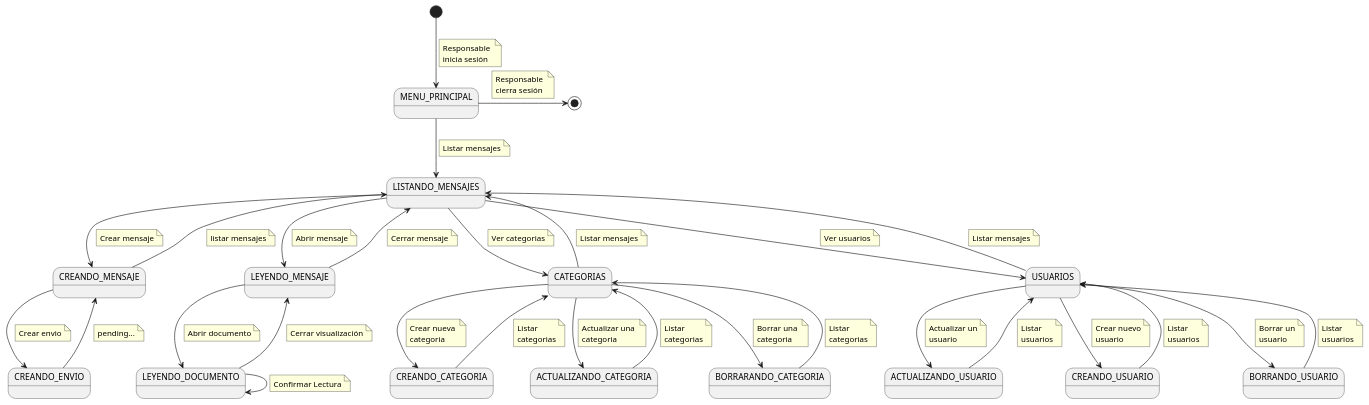
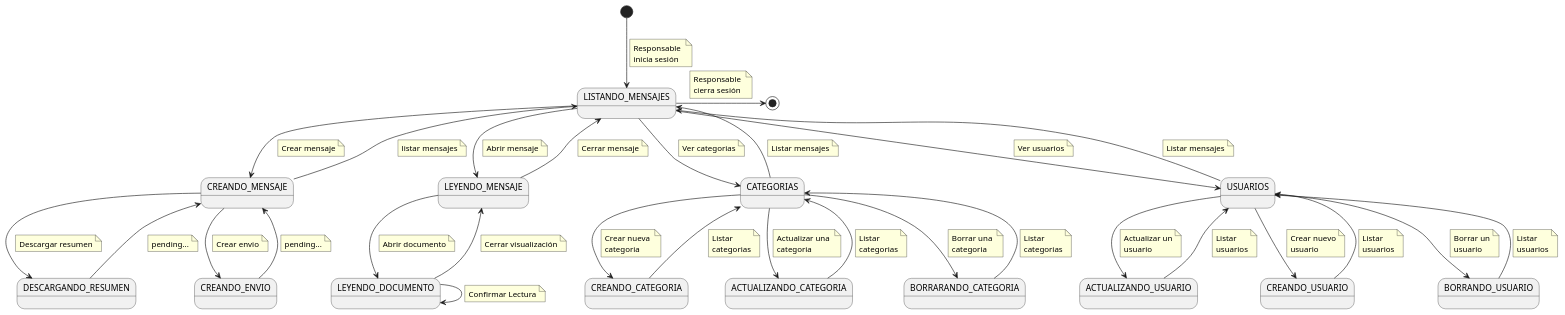
The diagram in docs/casosDeUso/diagramaDeContexto/DiagramaDeContextoResponsable/diagramaContextoResponable.puml (mmasias/24-25-IdSw1-SDR), drawn with PlantUML before and after one commit.

Commit message:
FIX/correcciones

```diff
--- a/docs/casosDeUso/diagramaDeContexto/DiagramaDeContextoResponsable/diagramaContextoResponable.puml
+++ b/docs/casosDeUso/diagramaDeContexto/DiagramaDeContextoResponsable/diagramaContextoResponable.puml
@@ -1,172 +1,178 @@
 @startuml
 
-state "MENU_PRINCIPAL" as Menu
 state "LISTANDO_MENSAJES" as ListandoMensajes
 state "CREANDO_MENSAJE" as CreandoMensaje
+state "DESCARGANDO_RESUMEN" as DescargandoResumen
 state "LEYENDO_MENSAJE" as LeyendoMensaje
 state "LEYENDO_DOCUMENTO" as LeyendoDocumento
 state "CREANDO_ENVIO" as CreandoEnvio
 state "CATEGORIAS" as Categorias
 state "CREANDO_CATEGORIA" as CreandoCategoria
 state "ACTUALIZANDO_CATEGORIA" as ActualizandoCategoria
 state "BORRARANDO_CATEGORIA" as BorrandoCategoria
 state "USUARIOS" as Usuarios
 state "ACTUALIZANDO_USUARIO" as ActualizandoUsuario
 state "CREANDO_USUARIO" as CreandoUsuario
 state "BORRANDO_USUARIO" as BorrandoUsuario
 
-[*] --> Menu
+[*] --> ListandoMensajes
     note on link
         Responsable 
         inicia sesión
     end note
 
-Menu -> [*]
+ListandoMensajes -> [*]
     note on link
         Responsable 
         cierra sesión
     end note
 
-Menu --> ListandoMensajes
-    note on link
-        Listar mensajes
-    end note
 
 ListandoMensajes --> LeyendoMensaje
     note on link
         Abrir mensaje
     end note
 
 LeyendoMensaje --> LeyendoDocumento
     note on link
         Abrir documento
     end note
 
 LeyendoDocumento --> LeyendoDocumento
     note on link
         Confirmar Lectura
     end note
 
 LeyendoDocumento --> LeyendoMensaje
     note on link
         Cerrar visualización
     end note
 
 LeyendoMensaje --> ListandoMensajes
     note on link
         Cerrar mensaje
     end note
 
 ListandoMensajes --> CreandoMensaje
     note on link
         Crear mensaje
     end note
 
 CreandoMensaje --> CreandoEnvio
     note on link
         Crear envio
     end note
 
 CreandoEnvio --> CreandoMensaje
+    note on link
+        pending...
+    end note
+
+CreandoMensaje --> DescargandoResumen
+    note on link
+        Descargar resumen
+    end note
+
+DescargandoResumen --> CreandoMensaje
     note on link
         pending...
     end note
 
 CreandoMensaje --> ListandoMensajes
     note on link
         listar mensajes
     end note
 
 ListandoMensajes --> Categorias
     note on link
         Ver categorias
     end note
 
 Categorias --> CreandoCategoria
     note on link
         Crear nueva 
         categoria
     end note
 
 CreandoCategoria --> Categorias
     note on link
         Listar 
         categorias
     end note
 
 Categorias --> ActualizandoCategoria
     note on link
         Actualizar una 
         categoria
     end note
 
 ActualizandoCategoria --> Categorias
     note on link
         Listar 
         categorias
     end note
 
 Categorias --> BorrandoCategoria
     note on link
         Borrar una 
         categoria
     end note
 
 BorrandoCategoria --> Categorias
     note on link
         Listar 
         categorias
     end note
 
 Categorias --> ListandoMensajes
     note on link
         Listar mensajes
     end note
 
 ListandoMensajes --> Usuarios
     note on link
         Ver usuarios
     end note
 
 Usuarios --> CreandoUsuario
     note on link
         Crear nuevo
         usuario
     end note
 
 CreandoUsuario --> Usuarios
     note on link
         Listar
         usuarios
     end note
 
 Usuarios --> ActualizandoUsuario
     note on link
         Actualizar un
         usuario
     end note
 
 ActualizandoUsuario --> Usuarios
     note on link
         Listar
         usuarios
     end note
 
 Usuarios --> BorrandoUsuario
     note on link
         Borrar un
         usuario
     end note
 
 BorrandoUsuario --> Usuarios
     note on link
         Listar
         usuarios
     end note
 
 Usuarios --> ListandoMensajes
     note on link
         Listar mensajes
     end note
 
 @enduml
```
